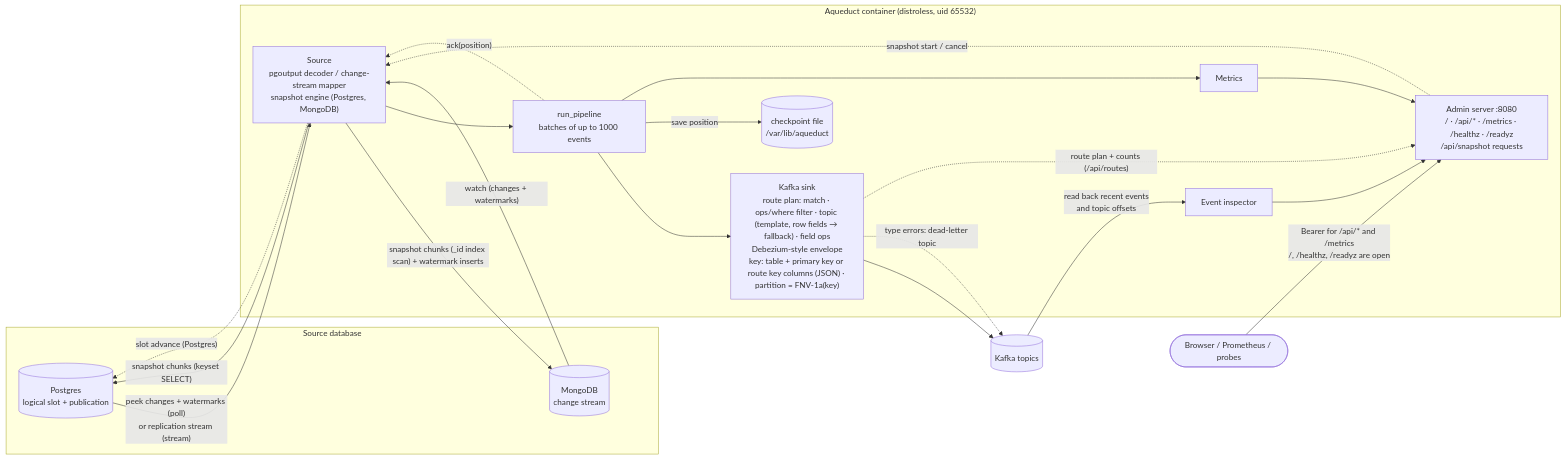
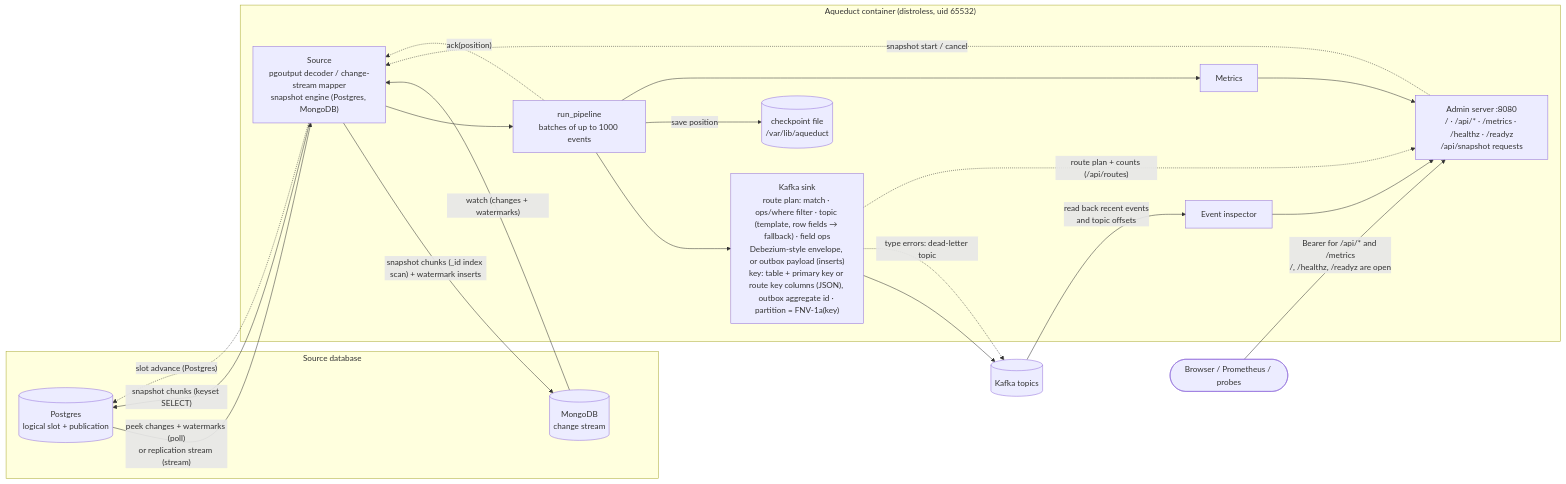
One commit to yarncraft/aqueduct changed the first of 3 diagrams in README.md. Above: the diagram before and after it, drawn with Mermaid. The commit also changed other lines of this file and 11 other files, not shown here.

First line of the commit message:
feat(routing): publish outbox-table rows as their own events (#86) (#151)

````diff
--- a/README.md
+++ b/README.md
@@ -18,35 +18,35 @@
 ```mermaid
 flowchart LR
     subgraph db["Source database"]
         PG[("Postgres<br/>logical slot + publication")]
         MG[("MongoDB<br/>change stream")]
     end
 
     subgraph aq["Aqueduct container (distroless, uid 65532)"]
         SRC["Source<br/>pgoutput decoder / change-stream mapper<br/>snapshot engine (Postgres, MongoDB)"]
         PIPE["run_pipeline<br/>batches of up to 1000 events"]
-        SINK["Kafka sink<br/>route plan: match · ops/where filter · topic (template, row fields → fallback) · field ops<br/>Debezium-style envelope<br/>key: table + primary key or route key columns (JSON) · partition = FNV-1a(key)"]
+        SINK["Kafka sink<br/>route plan: match · ops/where filter · topic (template, row fields → fallback) · field ops<br/>Debezium-style envelope, or outbox payload (inserts)<br/>key: table + primary key or route key columns (JSON), outbox aggregate id · partition = FNV-1a(key)"]
         CK[("checkpoint file<br/>/var/lib/aqueduct")]
         MET["Metrics"]
         ADM["Admin server :8080<br/>/ · /api/* · /metrics · /healthz · /readyz<br/>/api/snapshot requests"]
         INS["Event inspector"]
     end
 
     K[("Kafka topics")]
     U(["Browser / Prometheus / probes"])
 
     PG -- "peek changes + watermarks (poll)<br/>or replication stream (stream)" --> SRC
     SRC -- "snapshot chunks (keyset SELECT)" --> PG
     MG -- "watch (changes + watermarks)" --> SRC
     SRC -- "snapshot chunks (_id index scan) + watermark inserts" --> MG
     SRC --> PIPE --> SINK --> K
     SINK -. "type errors: dead-letter topic" .-> K
     SINK -. "route plan + counts (/api/routes)" .-> ADM
     PIPE -- "save position" --> CK
     PIPE -. "ack(position)" .-> SRC
     SRC -. "slot advance (Postgres)" .-> PG
     PIPE --> MET --> ADM
     ADM -. "snapshot start / cancel" .-> SRC
     K -- "read back recent events<br/>and topic offsets" --> INS --> ADM
     U -- "Bearer for /api/* and /metrics<br/>/, /healthz, /readyz are open" --> ADM
 ```
````
